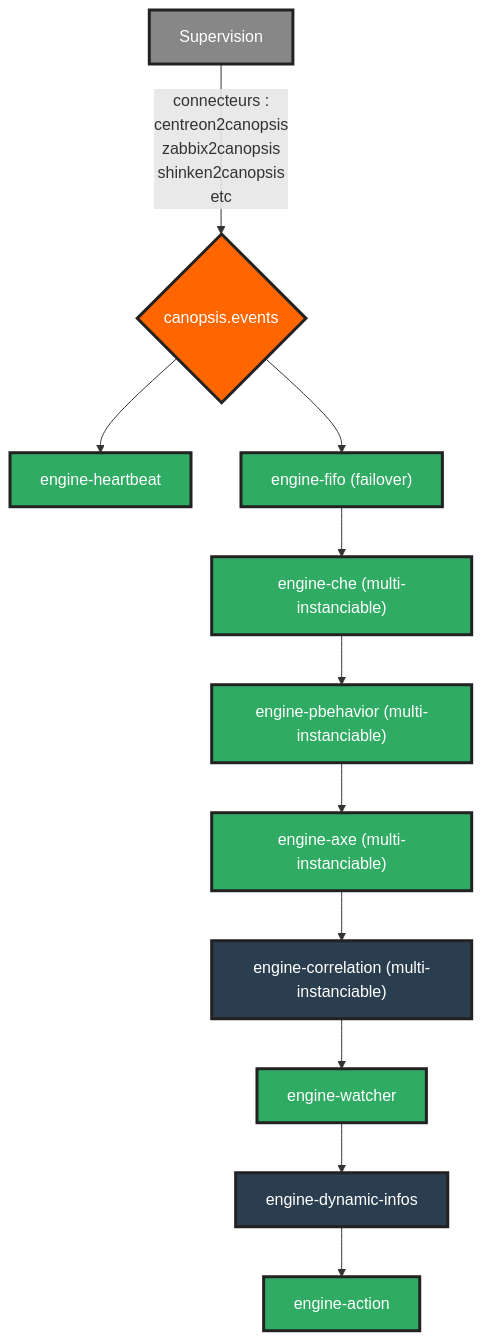
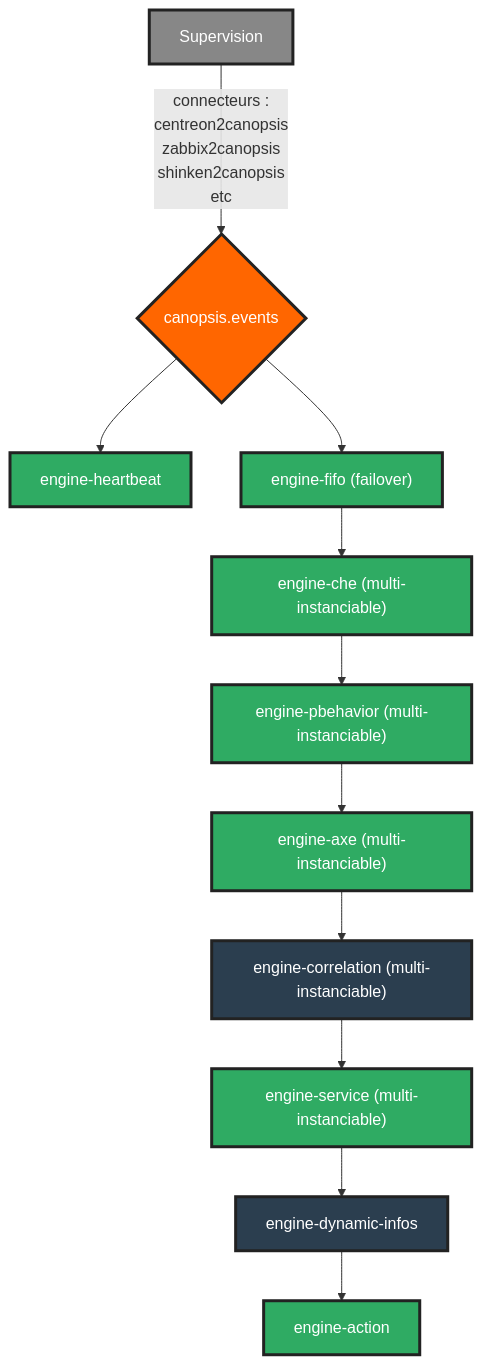
The first of 2 diagrams in community/sources/docs/fr/guide-administration/moteurs/schema-enchainement-moteurs.md (capensis/canopsis), drawn with Mermaid before and after one commit. The commit also changed 528 other files, not shown here.

````diff
--- a/community/sources/docs/fr/guide-administration/moteurs/schema-enchainement-moteurs.md
+++ b/community/sources/docs/fr/guide-administration/moteurs/schema-enchainement-moteurs.md
@@ -29,34 +29,34 @@
 ```mermaid
 graph TD
 linkStyle default interpolate basis
 sup[Supervision] -- connecteurs :<br />centreon2canopsis<br />zabbix2canopsis<br />shinken2canopsis<br />etc--> exch.events{canopsis.events}
 exch.events --> heart["engine-heartbeat"]
 exch.events --> fifo["engine-fifo (failover)"]
 fifo --> che["engine-che (multi-instanciable)"]
 che --> pbh["engine-pbehavior (multi-instanciable)"]
 pbh --> axe["engine-axe (multi-instanciable)"]
 axe --> correl["engine-correlation (multi-instanciable)"]
-correl --> watcher["engine-watcher"]
-watcher --> info["engine-dynamic-infos"]
+correl --> service["engine-service (multi-instanciable)"]
+service --> info["engine-dynamic-infos"]
 info --> action["engine-action"]
 
 click snmp "https://doc.canopsis.net/guide-administration/moteurs/moteur-snmp/"
 click heart "https://doc.canopsis.net/guide-administration/moteurs/moteur-heartbeat/"
 click fifo "https://doc.canopsis.net/guide-administration/moteurs/moteur-fifo/"
 click che "https://doc.canopsis.net/guide-administration/moteurs/moteur-che/"
 click pbh "https://doc.canopsis.net/guide-administration/moteurs/moteur-pbehavior/"
 click axe "https://doc.canopsis.net/guide-administration/moteurs/moteur-axe/"
 click correl "https://doc.canopsis.net/guide-administration/moteurs/moteur-correlation/"
-click watcher "https://doc.canopsis.net/guide-administration/moteurs/moteur-watcher/"
+click service "https://doc.canopsis.net/guide-administration/moteurs/moteur-service/"
 click info "https://doc.canopsis.net/guide-administration/moteurs/moteur-dynamic-infos/"
 click action "https://doc.canopsis.net/guide-administration/moteurs/moteur-action/"
 
 classDef grey font-weight:normal,font-size:12pt,color:#fff,fill:#878787,stroke:#222,stroke-width:3px;
 classDef community-green font-weight:normal,font-size:12pt,color:#fff,fill:#2fab63,color:#fff,stroke:#222,stroke-width:3px;
 classDef pro-blue font-weight:normal,font-size:12pt,color:#fff,fill:#2b3e4f,color:#fff,stroke:#222,stroke-width:3px;
 classDef rabbit-orange font-weight:normal,font-size:12pt,color:#fff,fill:#ff6600,color:#fff,stroke:#222,stroke-width:3px;
 class sup grey
-class heart,fifo,che,filter,pbh,axe,watcher,action community-green
+class heart,fifo,che,filter,pbh,axe,service,action community-green
 class snmp,kpi,correl,info pro-blue
 class exch.snmp,exch.events rabbit-orange
 ```
````
